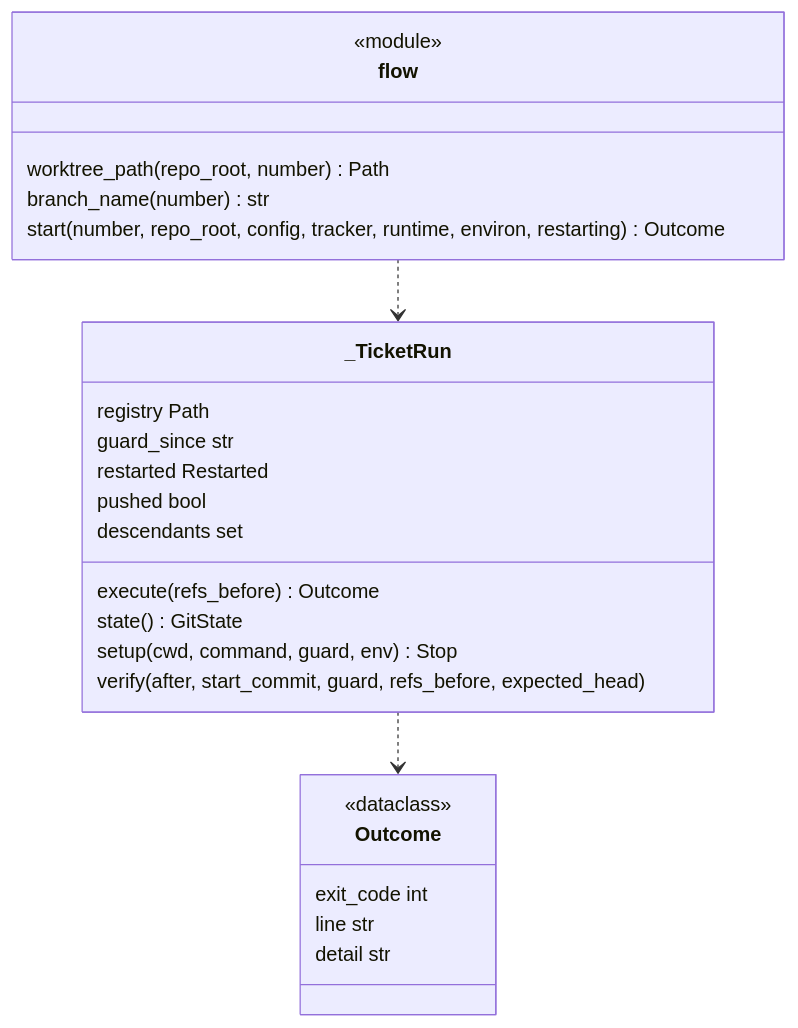
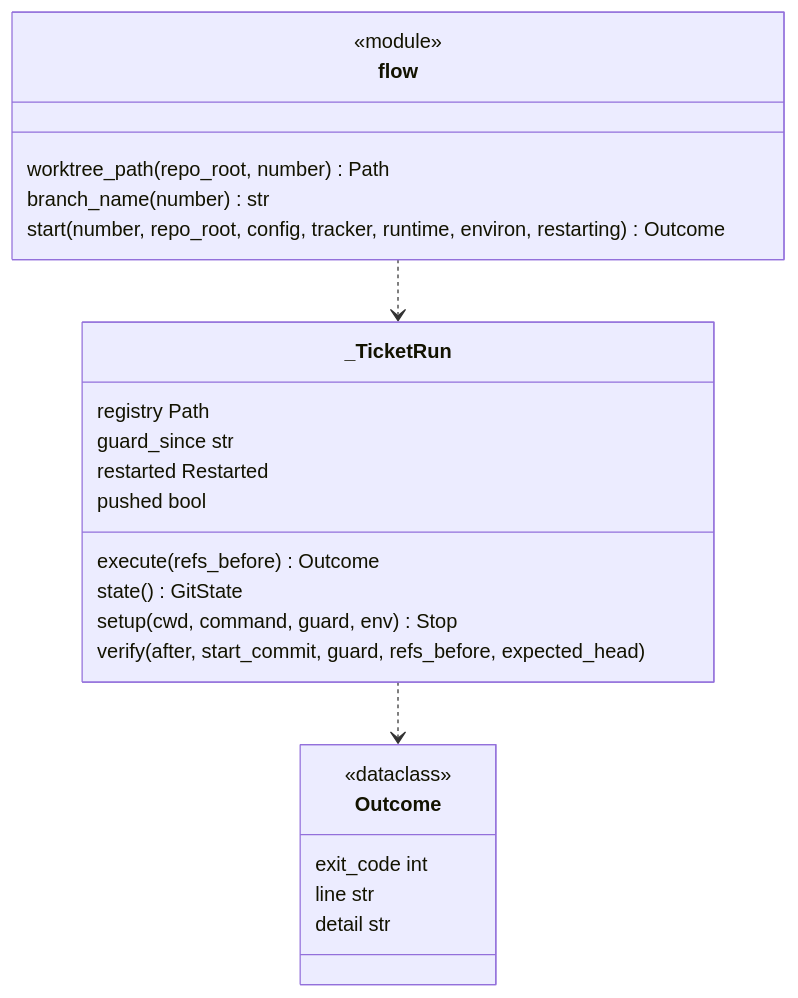
Before and after one commit to plaplanche/ariane: the second of 3 diagrams in docs/architecture/modules/flow.md, drawn with Mermaid. The commit also changed other lines of this file and 12 other files, not shown here.

````diff
--- a/docs/architecture/modules/flow.md
+++ b/docs/architecture/modules/flow.md
@@ -83,28 +83,27 @@
 ```mermaid
 classDiagram
 class Outcome {
   <<dataclass>>
   exit_code int
   line str
   detail str
 }
 class _TicketRun {
   registry Path
   guard_since str
   restarted Restarted
   pushed bool
   execute(refs_before) Outcome
-  descendants set
   state() GitState
   setup(cwd, command, guard, env) Stop
   verify(after, start_commit, guard, refs_before, expected_head)
 }
 class flow {
   <<module>>
   worktree_path(repo_root, number) Path
   branch_name(number) str
   start(number, repo_root, config, tracker, runtime, environ, restarting) Outcome
 }
 flow ..> _TicketRun
 _TicketRun ..> Outcome
 ```
````
